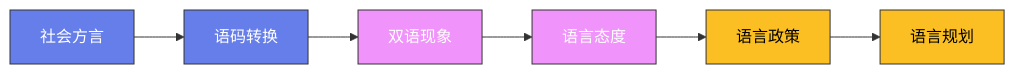
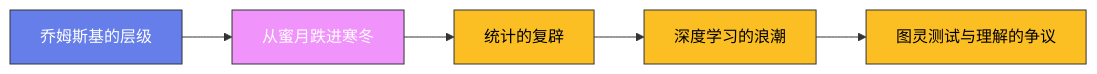
Before and after one commit to Fengur/Fengur.github.io: the diagram in content/posts/ModelCreate/语言学/15-计算语言学.md, drawn with Mermaid. The commit also changed other lines of this file and 505 other files, not shown here.

First line of the commit message:
content(blog): ModelCreate 全站质量修复——front matter 补全、占位图修复、事实错误修正、注水文重写

````diff
--- a/content/posts/ModelCreate/语言学/15-计算语言学.md
+++ b/content/posts/ModelCreate/语言学/15-计算语言学.md
@@ -35,16 +38,21 @@
 ```mermaid
 graph LR
-    A["社会方言"] --> B["语码转换"]
-    B --> C["双语现象"]
-    C --> D["语言态度"]
-    D --> E["语言政策"]
-    E --> F["语言规划"]
+    A["乔姆斯基的层级"]
+    B["从蜜月跌进寒冬"]
+    C["统计的复辟"]
+    D["深度学习的浪潮"]
+    E["图灵测试与理解的争议"]
+
+    A --> B
+    B --> C
+    C --> D
+    D --> E
 
     classDef early fill:#667eea,stroke:#333,color:white
     classDef mid fill:#f093fb,stroke:#333,color:white
     classDef modern fill:#fbbf24,stroke:#333,color:black
 
-    class A,B early
-    class C,D mid
-    class E,F modern
+    class A early
+    class B mid
+    class C,D,E modern
 ```
````
